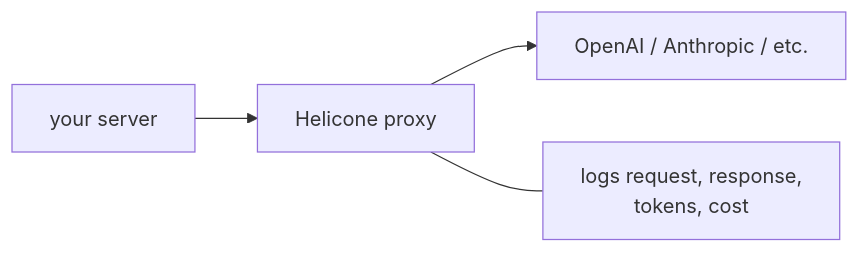
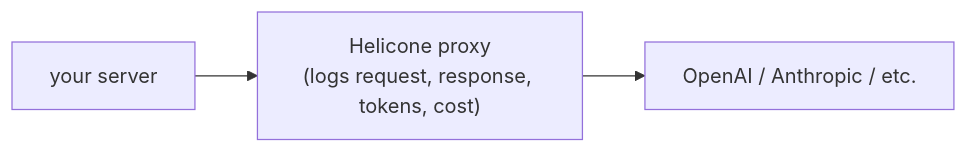
Before and after one commit to assistant-ui/assistant-ui: the diagram in apps/docs/content/docs/integrations/observability/helicone.mdx, drawn with Mermaid. The commit also changed 11 other files, not shown here.

First line of the commit message:
fix(docs): correct mermaid integration diagrams

````diff
--- a/apps/docs/content/docs/integrations/observability/helicone.mdx
+++ b/apps/docs/content/docs/integrations/observability/helicone.mdx
@@ -14,5 +14,4 @@
 ```mermaid
 flowchart LR
-    server["your server"] --> proxy["Helicone proxy"] --> provider["OpenAI / Anthropic / etc."]
-    proxy --- logs["logs request, response,<br/>tokens, cost"]
+    server["your server"] --> proxy["Helicone proxy<br/>(logs request, response, tokens, cost)"] --> provider["OpenAI / Anthropic / etc."]
 ```
````
